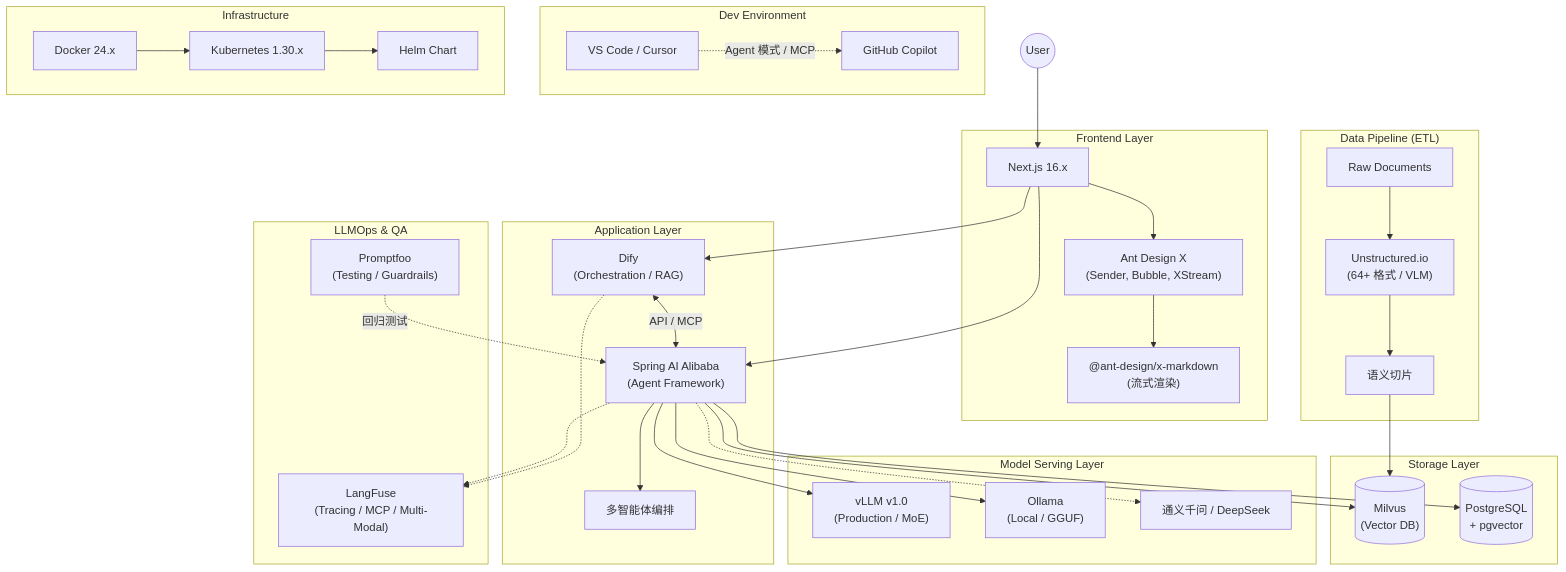
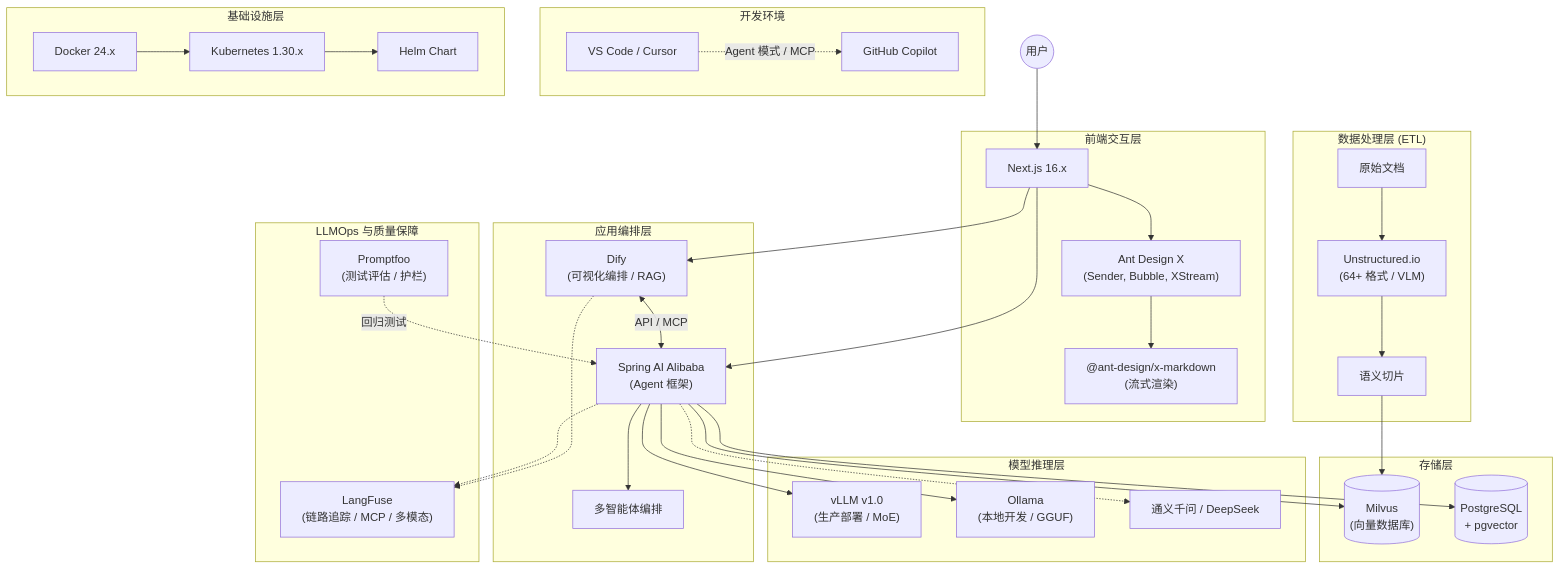
The first of 20 diagrams in AI产品生产指南.md (hanwei808/ai-product-production-guide), drawn with Mermaid before and after one commit. The commit also changed 2 other files, not shown here.

Commit message:
更新全景架构图为中文

````diff
--- a/AI产品生产指南.md
+++ b/AI产品生产指南.md
@@ -7,69 +7,69 @@
 ```mermaid
 graph TD
-    subgraph "Dev Environment"
+    subgraph "开发环境"
         Dev[VS Code / Cursor]
         Copilot[GitHub Copilot]
         Dev -.->|Agent 模式 / MCP| Copilot
     end
 
-    subgraph "Frontend Layer"
+    subgraph "前端交互层"
         Next[Next.js 16.x]
         AntX["Ant Design X<br/>(Sender, Bubble, XStream)"]
         MD["@ant-design/x-markdown<br/>(流式渲染)"]
         Next --> AntX
         AntX --> MD
     end
 
-    subgraph "Application Layer"
-        Dify["Dify<br/>(Orchestration / RAG)"]
-        Spring["Spring AI Alibaba<br/>(Agent Framework)"]
+    subgraph "应用编排层"
+        Dify["Dify<br/>(可视化编排 / RAG)"]
+        Spring["Spring AI Alibaba<br/>(Agent 框架)"]
         MultiAgent[多智能体编排]
         Dify <-->|API / MCP| Spring
         Spring --> MultiAgent
     end
 
-    subgraph "Data Pipeline (ETL)"
-        Raw[Raw Documents]
+    subgraph "数据处理层 (ETL)"
+        Raw[原始文档]
         Unstructured["Unstructured.io<br/>(64+ 格式 / VLM)"]
         Chunks[语义切片]
         Raw --> Unstructured
         Unstructured --> Chunks
     end
 
-    subgraph "Storage Layer"
-        Milvus[("Milvus<br/>(Vector DB)")]
+    subgraph "存储层"
+        Milvus[("Milvus<br/>(向量数据库)")]
         PG[("PostgreSQL<br/>+ pgvector")]
         Chunks --> Milvus
         Spring --> Milvus
         Spring --> PG
     end
 
-    subgraph "Model Serving Layer"
-        vLLM["vLLM v1.0<br/>(Production / MoE)"]
-        Ollama["Ollama<br/>(Local / GGUF)"]
+    subgraph "模型推理层"
+        vLLM["vLLM v1.0<br/>(生产部署 / MoE)"]
+        Ollama["Ollama<br/>(本地开发 / GGUF)"]
         Qwen["通义千问 / DeepSeek"]
         Spring --> vLLM
         Spring --> Ollama
         Spring -.-> Qwen
     end
 
-    subgraph "LLMOps & QA"
-        LangFuse["LangFuse<br/>(Tracing / MCP / Multi-Modal)"]
-        Promptfoo["Promptfoo<br/>(Testing / Guardrails)"]
+    subgraph "LLMOps 与质量保障"
+        LangFuse["LangFuse<br/>(链路追踪 / MCP / 多模态)"]
+        Promptfoo["Promptfoo<br/>(测试评估 / 护栏)"]
         Spring -.-> LangFuse
         Dify -.-> LangFuse
     end
 
-    subgraph "Infrastructure"
+    subgraph "基础设施层"
         Docker[Docker 24.x]
         K8s[Kubernetes 1.30.x]
         Helm[Helm Chart]
         Docker --> K8s
         K8s --> Helm
     end
 
-    User((User)) --> Next
+    User((用户)) --> Next
     Next --> Dify
     Next --> Spring
     Promptfoo -.->|回归测试| Spring
 ```
````
